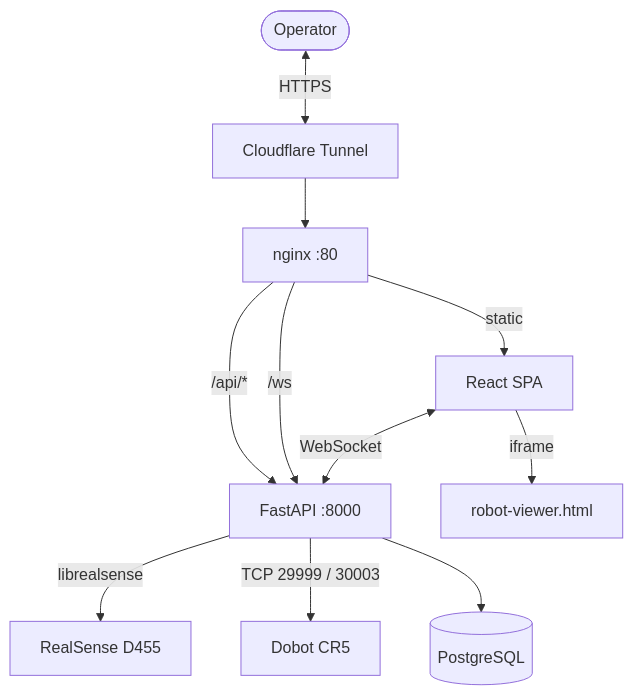
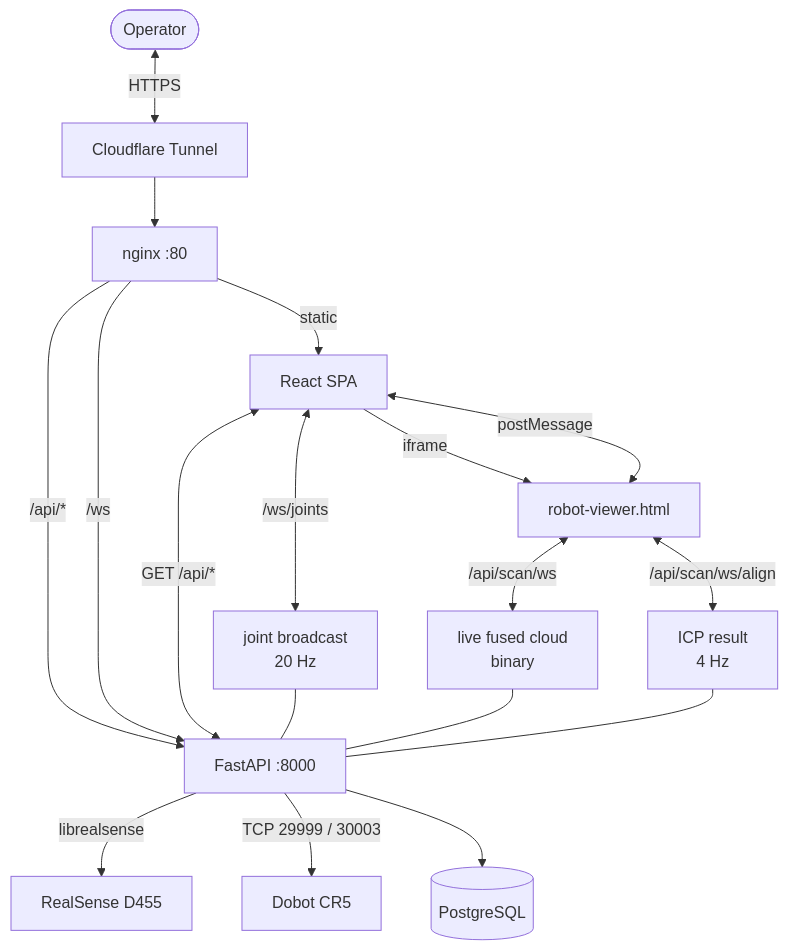
Before and after one commit to RobotGuiding101/web_robot: the diagram in README.md, drawn with Mermaid. The commit also changed other lines of this file, not shown here.

First line of the commit message:
docs: show the WebSocket channels in the architecture diagram

````diff
--- a/README.md
+++ b/README.md
@@ -141,14 +141,22 @@
 ```mermaid
 graph TD
     User([Operator]) <-->|HTTPS| CF[Cloudflare Tunnel]
     CF --> NG["nginx :80"]
-    NG -->|/api/*| API["FastAPI :8000"]
-    NG -->|/ws| API
+    NG -->|"/api/*"| API["FastAPI :8000"]
+    NG -->|"/ws"| API
     NG -->|static| FE[React SPA]
 
     API -->|librealsense| CAM["RealSense D455"]
     API -->|TCP 29999 / 30003| DOB[Dobot CR5]
     API --> PG[(PostgreSQL)]
+
     FE -->|iframe| VIEW["robot-viewer.html"]
-    FE <-->|WebSocket| API
+
+    FE <-->|"GET /api/*"| API
+    FE <-->|"/ws/joints"| WSJ["joint broadcast<br/>20 Hz"]
+    VIEW <-->|"/api/scan/ws"| WSS["live fused cloud<br/>binary"]
+    VIEW <-->|"/api/scan/ws/align"| WSA["ICP result<br/>4 Hz"]
+    WSJ & WSS & WSA --- API
+
+    FE <-->|"postMessage"| VIEW
 ```
````
